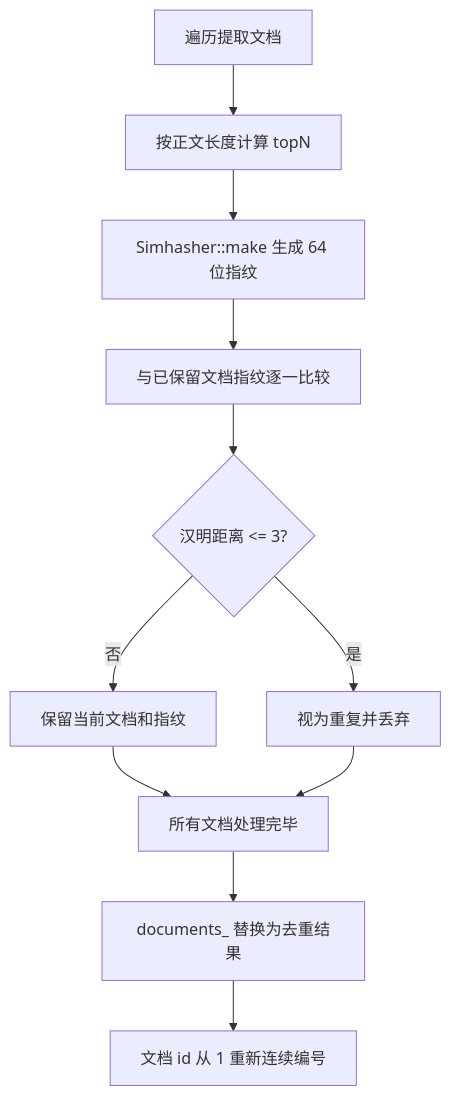
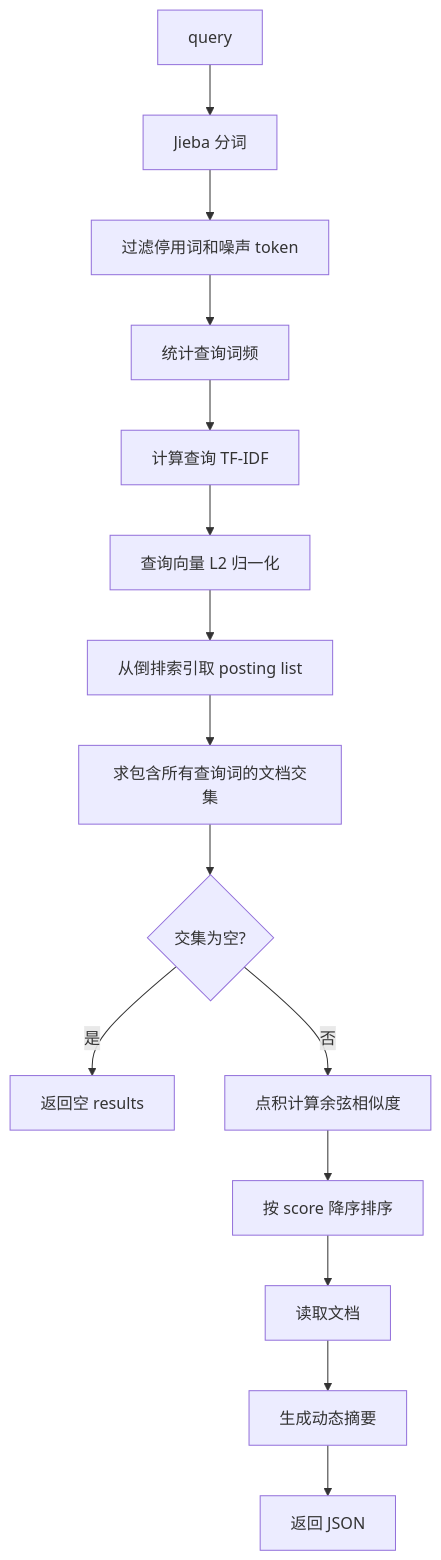
Before and after one commit to dijk4tra/Cpp_Advanced: the eighth of 10 diagrams in 课件/07_搜索引擎项目/02_SearchEngine_V2/README.md, drawn with Mermaid. The commit also changed other lines of this file and 16 other files, not shown here.

````diff
--- a/课件/07_搜索引擎项目/02_SearchEngine_V2/README.md
+++ b/课件/07_搜索引擎项目/02_SearchEngine_V2/README.md
@@ -490,13 +623,17 @@
 ```mermaid
 flowchart TD
-    A[遍历提取文档] --> B[按正文长度计算 topN]
-    B --> C[Simhasher::make 生成 64 位指纹]
-    C --> D[与已保留文档指纹逐一比较]
-    D --> E{汉明距离 <= 3?}
-    E -- 是 --> F[视为重复并丢弃]
-    E -- 否 --> G[保留当前文档和指纹]
-    G --> H[所有文档处理完毕]
-    F --> H
-    H --> I[documents_ 替换为去重结果]
-    I --> J[文档 id 从 1 重新连续编号]
+    A[query] --> B[Jieba 分词]
+    B --> C[过滤停用词和噪声 token]
+    C --> D[统计查询词频]
+    D --> E[计算查询 TF-IDF]
+    E --> F[查询向量 L2 归一化]
+    F --> G[从倒排索引取 posting list]
+    G --> H[求包含所有查询词的文档交集]
+    H --> I{交集为空?}
+    I -- 是 --> R[返回空 results]
+    I -- 否 --> J[点积计算余弦相似度]
+    J --> K[按 score 降序排序]
+    K --> L[读取文档]
+    L --> M[生成动态摘要]
+    M --> N[返回 JSON]
 ```
````
